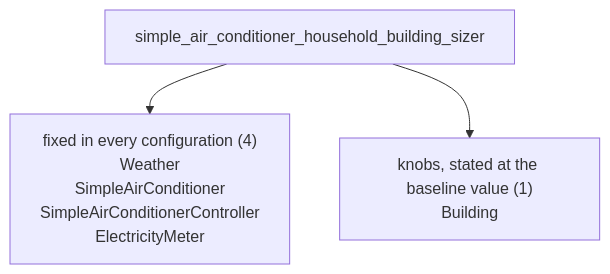
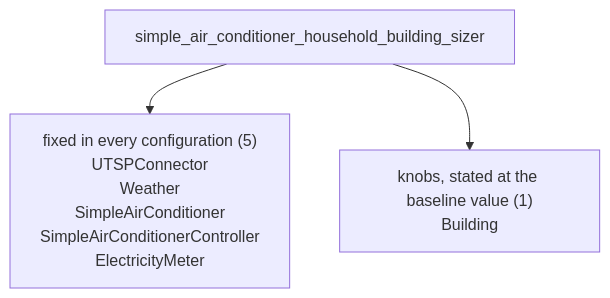
One commit to FZJ-IEK3-VSA/HiSim changed diagram 13 of 22 in roadmap/declarative_energy_systems/grouping_overview.md. Above: the diagram before and after it, drawn with Mermaid. The commit also changed other lines of this file and 15 other files, not shown here.

First line of the commit message:
The simple air conditioner's household twin gets residents, so it is an ordinary residential case: 4.6 MWh of internal gains a year and the cooling and electricity they bring (setup kinds D11, hisim-setup-kinds-dd45.10) (#1218)

````diff
--- a/roadmap/declarative_energy_systems/grouping_overview.md
+++ b/roadmap/declarative_energy_systems/grouping_overview.md
@@ -699,9 +699,9 @@
 ```mermaid
 flowchart TD
     setup["simple_air_conditioner_household_building_sizer"]
-    fixed["fixed in every configuration (4)<br/>Weather<br/>SimpleAirConditioner<br/>SimpleAirConditionerController<br/>ElectricityMeter"]
+    fixed["fixed in every configuration (5)<br/>UTSPConnector<br/>Weather<br/>SimpleAirConditioner<br/>SimpleAirConditionerController<br/>ElectricityMeter"]
     knobs["knobs, stated at the baseline value (1)<br/>Building"]
 
     setup --> fixed
     setup --> knobs
 ```
````
